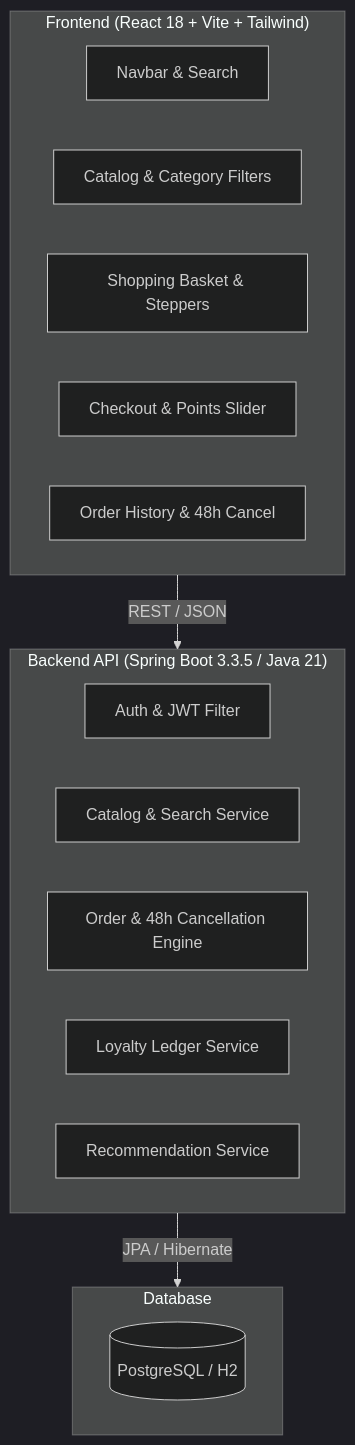
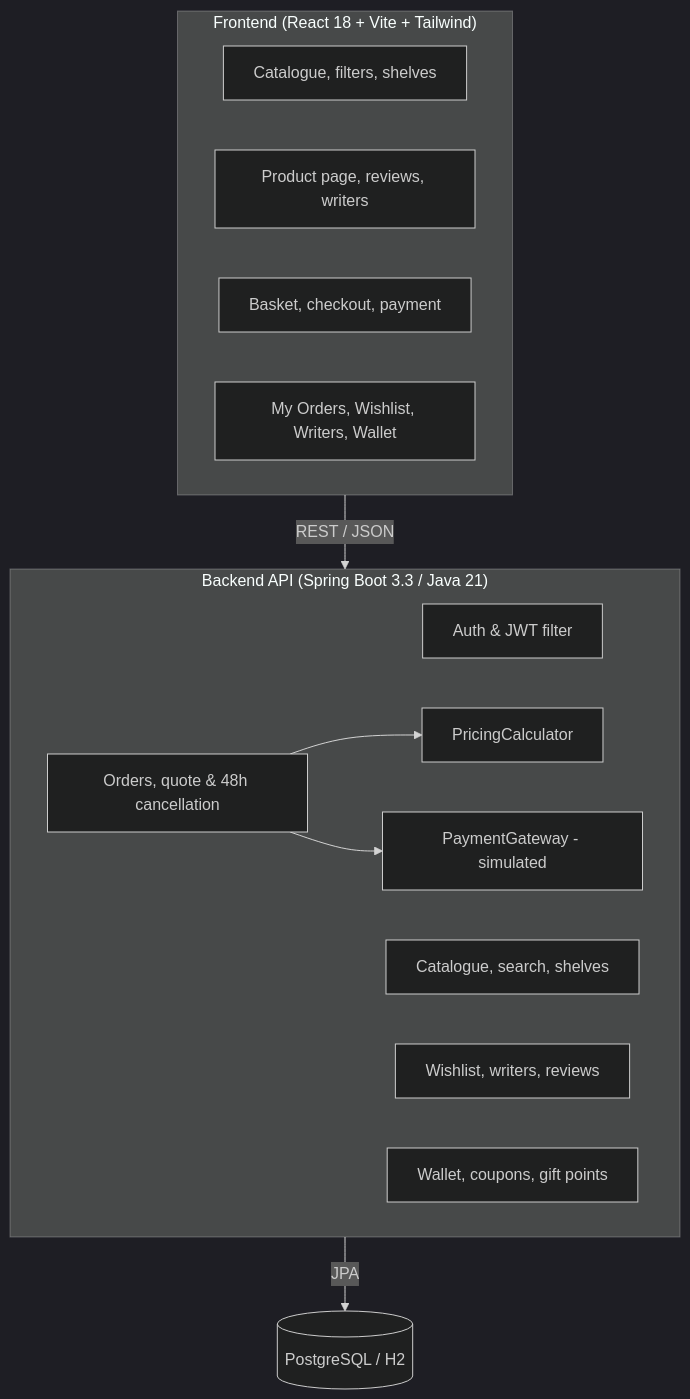
The diagram in README.md (chauhanavi21/AI_Specialist_cloud_fullstack), drawn with Mermaid (dark theme) before and after one commit. The commit also changed other lines of this file and 1 other file, not shown here.

````diff
--- a/README.md
+++ b/README.md
@@ -22,25 +26,26 @@
 ```mermaid
 flowchart TB
     subgraph UI ["Frontend (React 18 + Vite + Tailwind)"]
-        Nav[Navbar & Search]
-        Cat[Catalog & Category Filters]
-        Cart[Shopping Basket & Steppers]
-        Check[Checkout & Points Slider]
-        History[Order History & 48h Cancel]
+        Cat[Catalogue, filters, shelves]
+        Prod[Product page, reviews, writers]
+        Check[Basket, checkout, payment]
+        Acct[My Orders, Wishlist, Writers, Wallet]
     end
 
-    subgraph API ["Backend API (Spring Boot 3.3.5 / Java 21)"]
-        Auth[Auth & JWT Filter]
-        Books[Catalog & Search Service]
-        Orders[Order & 48h Cancellation Engine]
-        Points[Loyalty Ledger Service]
-        Rec[Recommendation Service]
+    subgraph API ["Backend API (Spring Boot 3.3 / Java 21)"]
+        Auth[Auth & JWT filter]
+        Books[Catalogue, search, shelves]
+        Orders[Orders, quote & 48h cancellation]
+        Price[PricingCalculator]
+        Pay[PaymentGateway - simulated]
+        Eng[Wishlist, writers, reviews]
+        Wal[Wallet, coupons, gift points]
     end
 
-    subgraph DB ["Database"]
-        Postgres[(PostgreSQL / H2)]
-    end
+    DB[(PostgreSQL / H2)]
 
     UI -->|REST / JSON| API
-    API -->|JPA / Hibernate| DB
+    Orders --> Price
+    Orders --> Pay
+    API -->|JPA| DB
 ```
````
